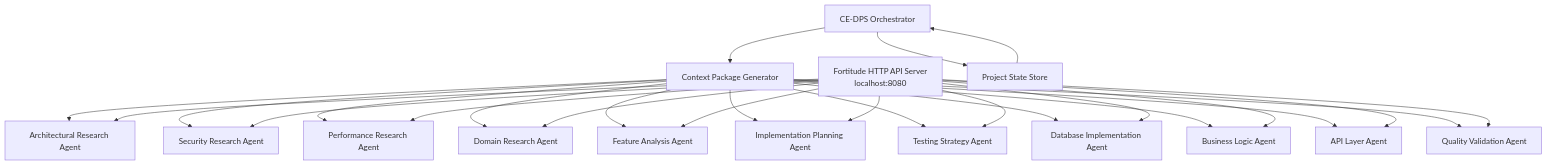
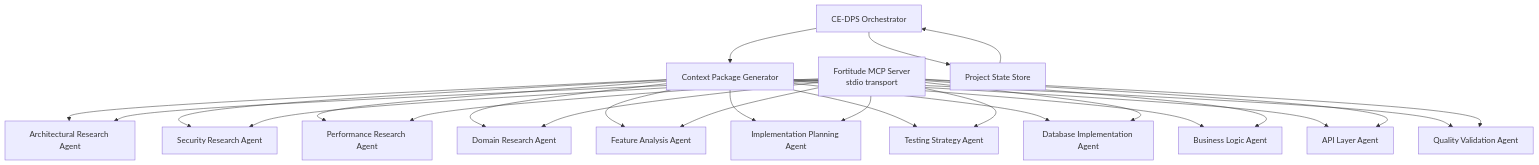
One commit to Cyonx818/CE-DPS changed the diagram in docs/new_sub-agent_strategy.md. Above: the diagram before and after it, drawn with Mermaid. The commit also changed other lines of this file and 4 other files, not shown here.

````diff
--- a/docs/new_sub-agent_strategy.md
+++ b/docs/new_sub-agent_strategy.md
@@ -24,33 +24,33 @@
 ```mermaid
 graph TD
     A[CE-DPS Orchestrator] --> B[Context Package Generator]
     
     B --> C1[Architectural Research Agent]
     B --> C2[Security Research Agent]
     B --> C3[Performance Research Agent]
     B --> C4[Domain Research Agent]
     
     B --> D1[Feature Analysis Agent]
     B --> D2[Implementation Planning Agent]
     B --> D3[Testing Strategy Agent]
     
     B --> E1[Database Implementation Agent]
     B --> E2[Business Logic Agent]
     B --> E3[API Layer Agent]
     B --> E4[Quality Validation Agent]
     
-    F[Fortitude HTTP API Server<br/>localhost:8080] --> C1
+    F[Fortitude MCP Server<br/>stdio transport] --> C1
     F --> C2
     F --> C3
     F --> C4
     F --> D1
     F --> D2
     F --> D3
     F --> E1
     F --> E2
     F --> E3
     F --> E4
     
     G[Project State Store] --> A
     A --> G
 ```
````
